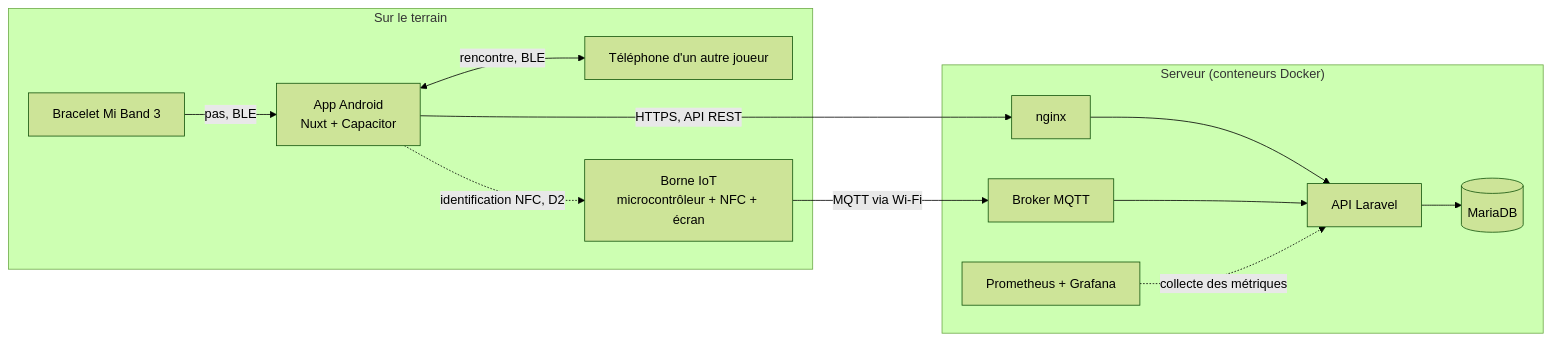
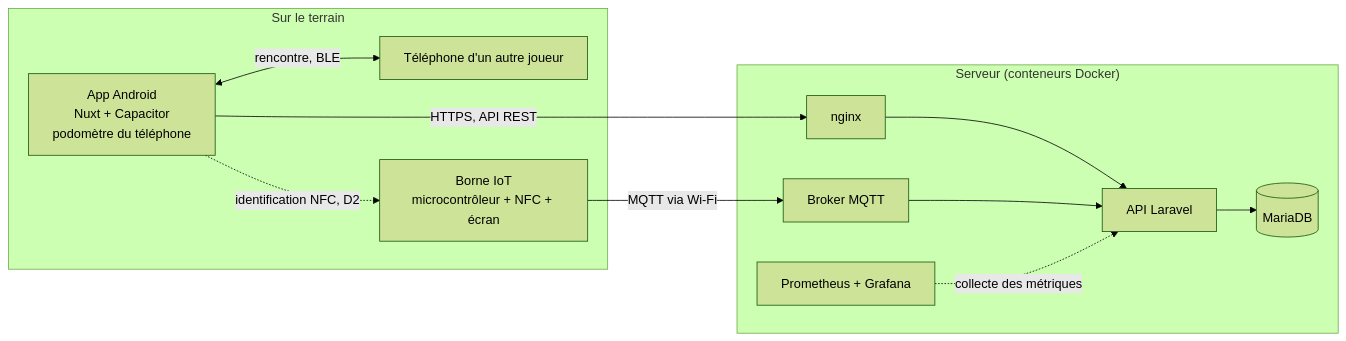
The first of 2 diagrams in docs/cahier-des-charges.md (Scubatana/scubanion), drawn with Mermaid (forest theme) before and after one commit. The commit also changed other lines of this file and 8 other files, not shown here.

First line of the commit message:
docs: abandon du bracelet Mi Band 3, pas lus par le téléphone

````diff
--- a/docs/cahier-des-charges.md
+++ b/docs/cahier-des-charges.md
@@ -110,22 +110,20 @@
 ```mermaid
 flowchart LR
   subgraph terrain["Sur le terrain"]
-    MB["Bracelet Mi Band 3"]
-    APP["App Android<br/>Nuxt + Capacitor"]
+    APP["App Android<br/>Nuxt + Capacitor<br/>podomètre du téléphone"]
     APP2["Téléphone d'un autre joueur"]
     BORNE["Borne IoT<br/>microcontrôleur + NFC + écran"]
   end
   subgraph serveur["Serveur (conteneurs Docker)"]
     NGINX["nginx"]
     API["API Laravel"]
     DB[("MariaDB")]
     BROKER["Broker MQTT"]
     MON["Prometheus + Grafana"]
   end
-  MB -->|pas, BLE| APP
   APP <-->|rencontre, BLE| APP2
   APP -.->|identification NFC, D2| BORNE
   APP -->|HTTPS, API REST| NGINX --> API --> DB
   BORNE -->|MQTT via Wi-Fi| BROKER --> API
   MON -.->|collecte des métriques| API
 ```
````
